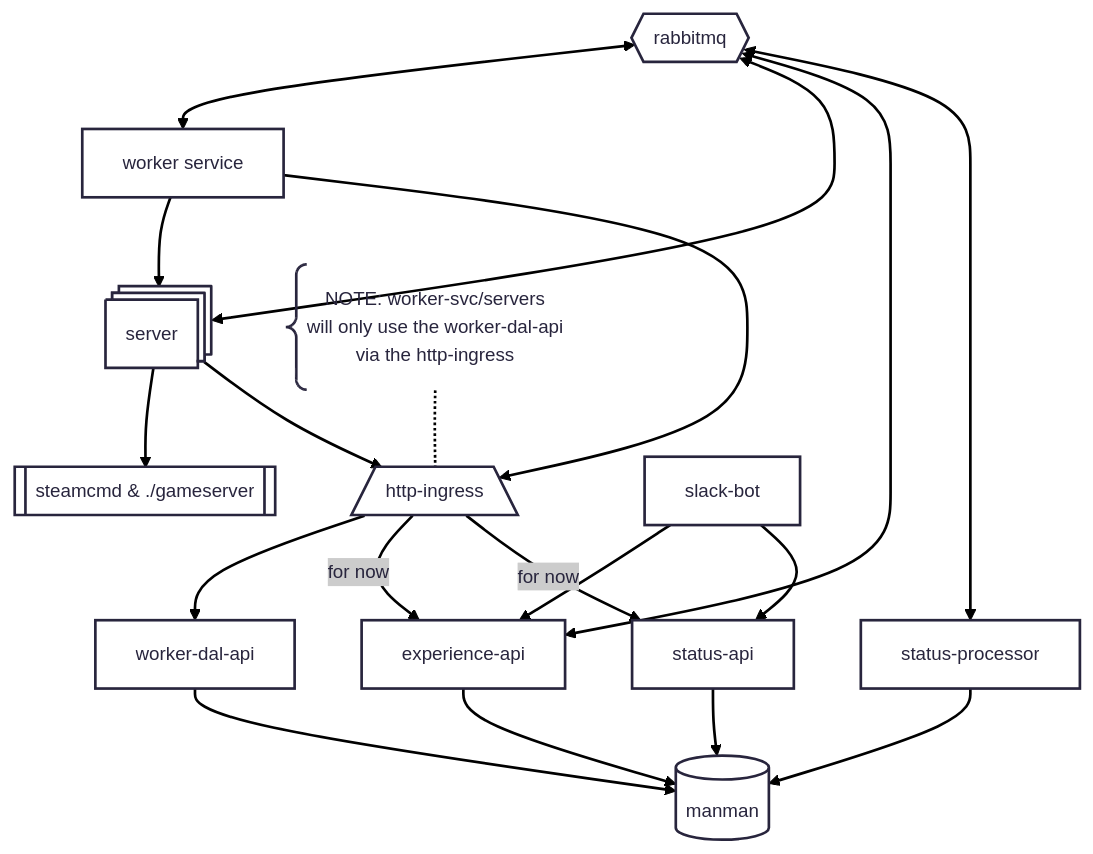
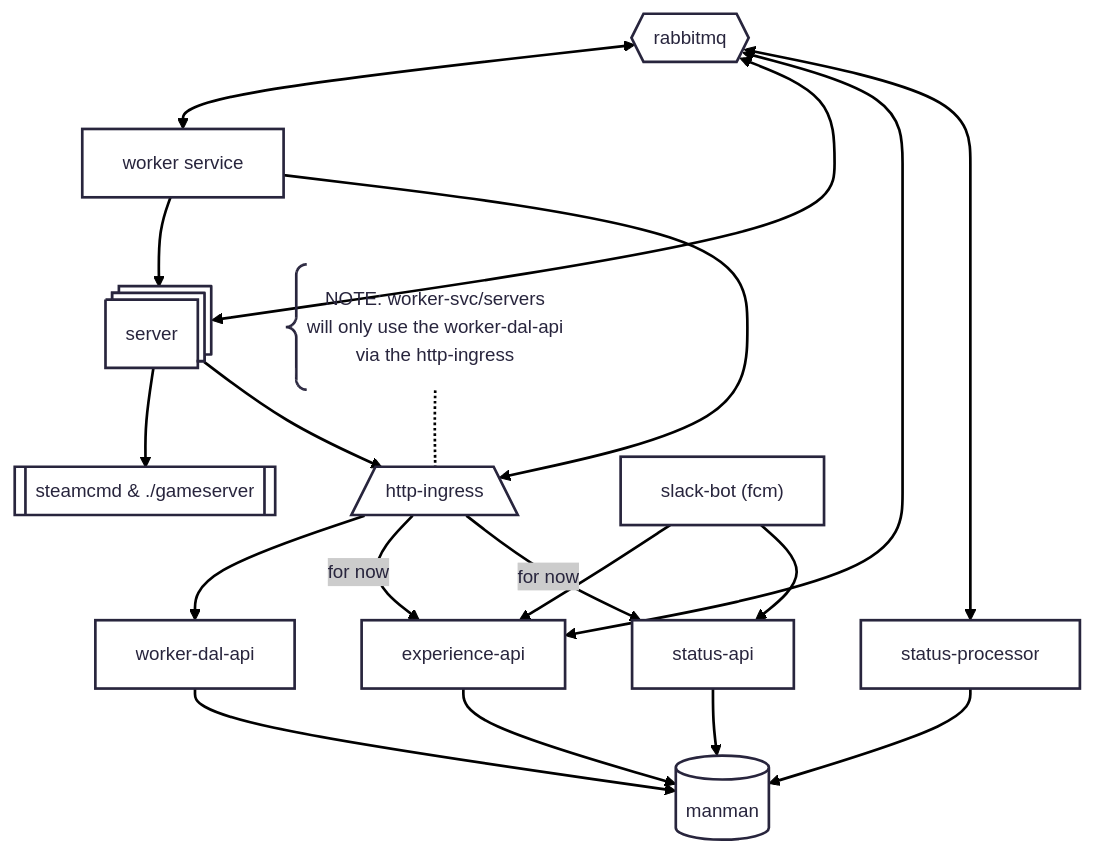
One commit to whale-net/manman changed the diagram in README.md. Above: the diagram before and after it, drawn with Mermaid.

````diff
--- a/README.md
+++ b/README.md
@@ -19,37 +19,37 @@
 ```mermaid
 ---
 config:
   theme: redux
 ---
 graph TD
     worker-svc["worker service"]
     servers["server"]@{ shape: procs}
     server-subproc["steamcmd & ./gameserver"]@{ shape: subproc}
 
     worker-svc --> servers --> server-subproc
 
     http-ingress[/"http-ingress"\]
     experience-api["experience-api"]
     worker-dal-api["worker-dal-api"]
     status-api["status-api"]
     %% is proc the right shape?
     status-processor["status-processor"]@{ shape: proc }
 
     worker-svc & servers --> http-ingress --> worker-dal-api
     http-ingress -- for now --> experience-api & status-api
 
     http-ingress-comment["NOTE: worker-svc/servers<br>will only use the worker-dal-api<br>via the http-ingress"]@{ shape: comment }
 
     http-ingress-comment -.- http-ingress
 
     database["manman"]@{ shape: db}
     experience-api & worker-dal-api & status-processor & status-api --> database
 
     rmq{{"rabbitmq"}}
     rmq <--> worker-svc & servers & experience-api & status-processor
 
 
-    slack-bot["slack-bot"]
+    slack-bot["slack-bot (fcm)"]
     slack-bot --> experience-api & status-api
 
 ```
````
